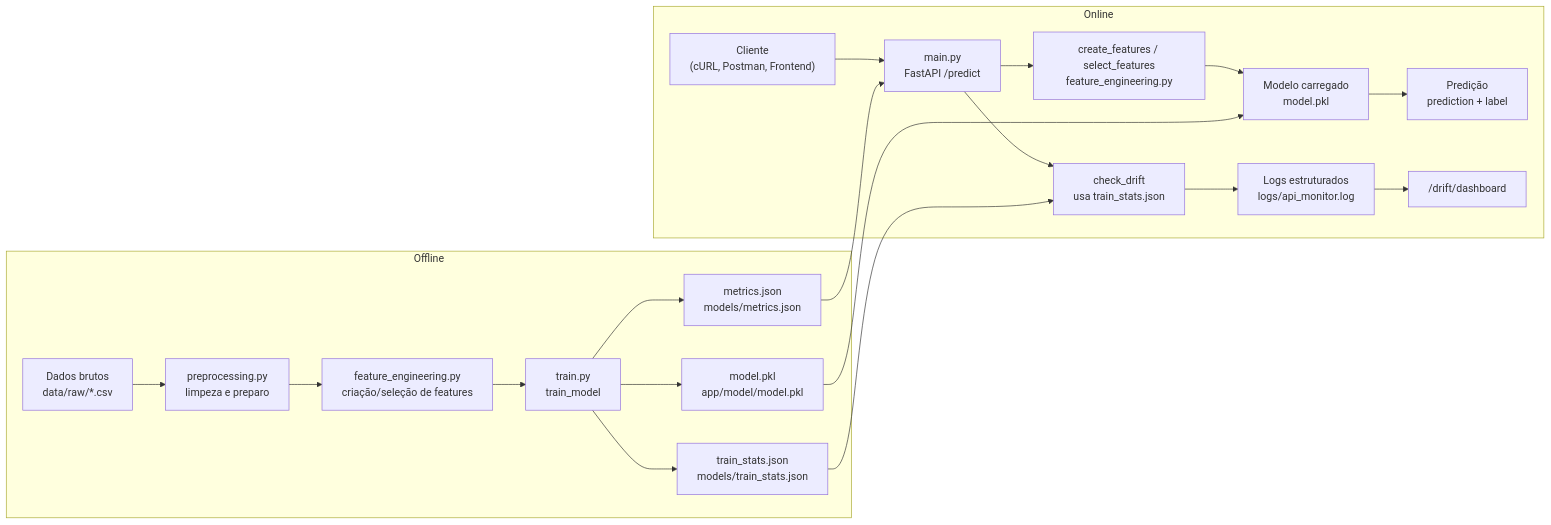
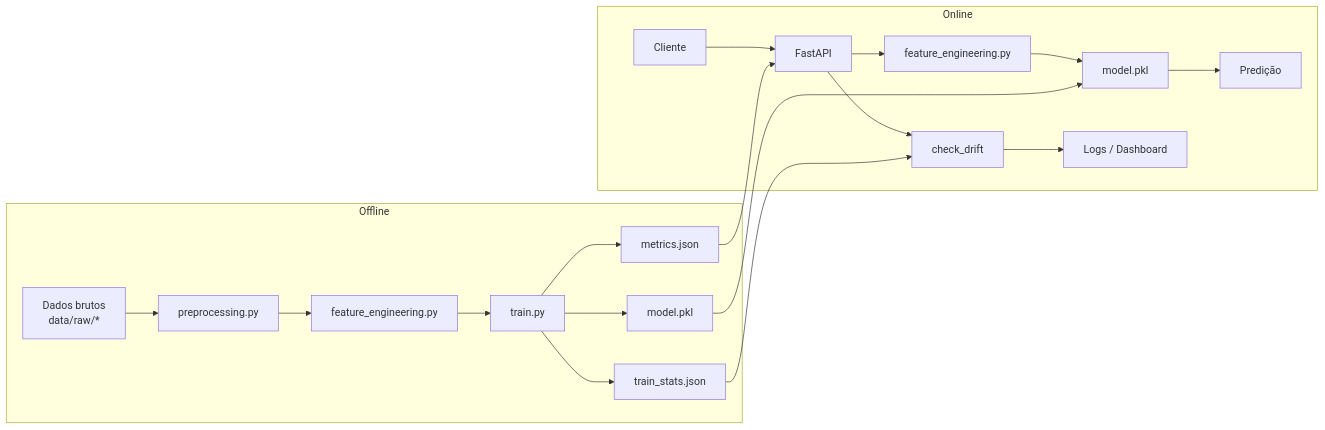
Before and after one commit to emanueleborges/fiaptech5: the diagram in README.md, drawn with Mermaid. The commit also changed other lines of this file and 1 other file, not shown here.

````diff
--- a/README.md
+++ b/README.md
@@ -63,25 +63,24 @@
 ```mermaid
 flowchart LR
     subgraph Offline
-        A["Dados brutos<br/>data/raw/*.csv"] --> B["preprocessing.py<br/>limpeza e preparo"]
-        B --> C["feature_engineering.py<br/>criação/seleção de features"]
-        C --> D["train.py<br/>train_model"]
-        D --> E["model.pkl<br/>app/model/model.pkl"]
-        D --> F["metrics.json<br/>models/metrics.json"]
-        D --> G["train_stats.json<br/>models/train_stats.json"]
+        A["Dados brutos<br/>data/raw/*"] --> B["preprocessing.py"]
+        B --> C["feature_engineering.py"]
+        C --> D["train.py"]
+        D --> E["model.pkl"]
+        D --> F["metrics.json"]
+        D --> G["train_stats.json"]
     end
 
     subgraph Online
-        H["Cliente<br/>(cURL, Postman, Frontend)"] --> I["main.py<br/>FastAPI /predict"]
-        I --> J["create_features / select_features<br/>feature_engineering.py"]
-        J --> K["Modelo carregado<br/>model.pkl"]
-        K --> L["Predição<br/>prediction + label"]
-        I --> M["check_drift<br/>usa train_stats.json"]
-        M --> N["Logs estruturados<br/>logs/api_monitor.log"]
-        N --> O["/drift/dashboard"]
+        H["Cliente"] --> I["FastAPI"]
+        I --> J["feature_engineering.py"]
+        J --> K["model.pkl"]
+        K --> L["Predição"]
+        I --> M["check_drift"]
+        M --> N["Logs / Dashboard"]
     end
 
     E --> K
     G --> M
     F --> I
 ```
````
